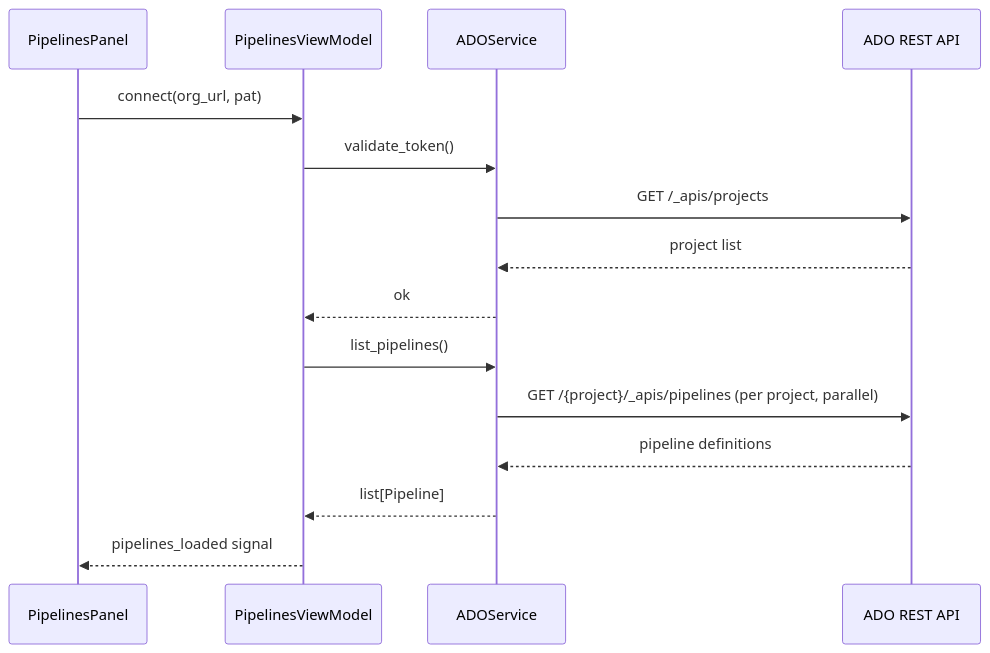
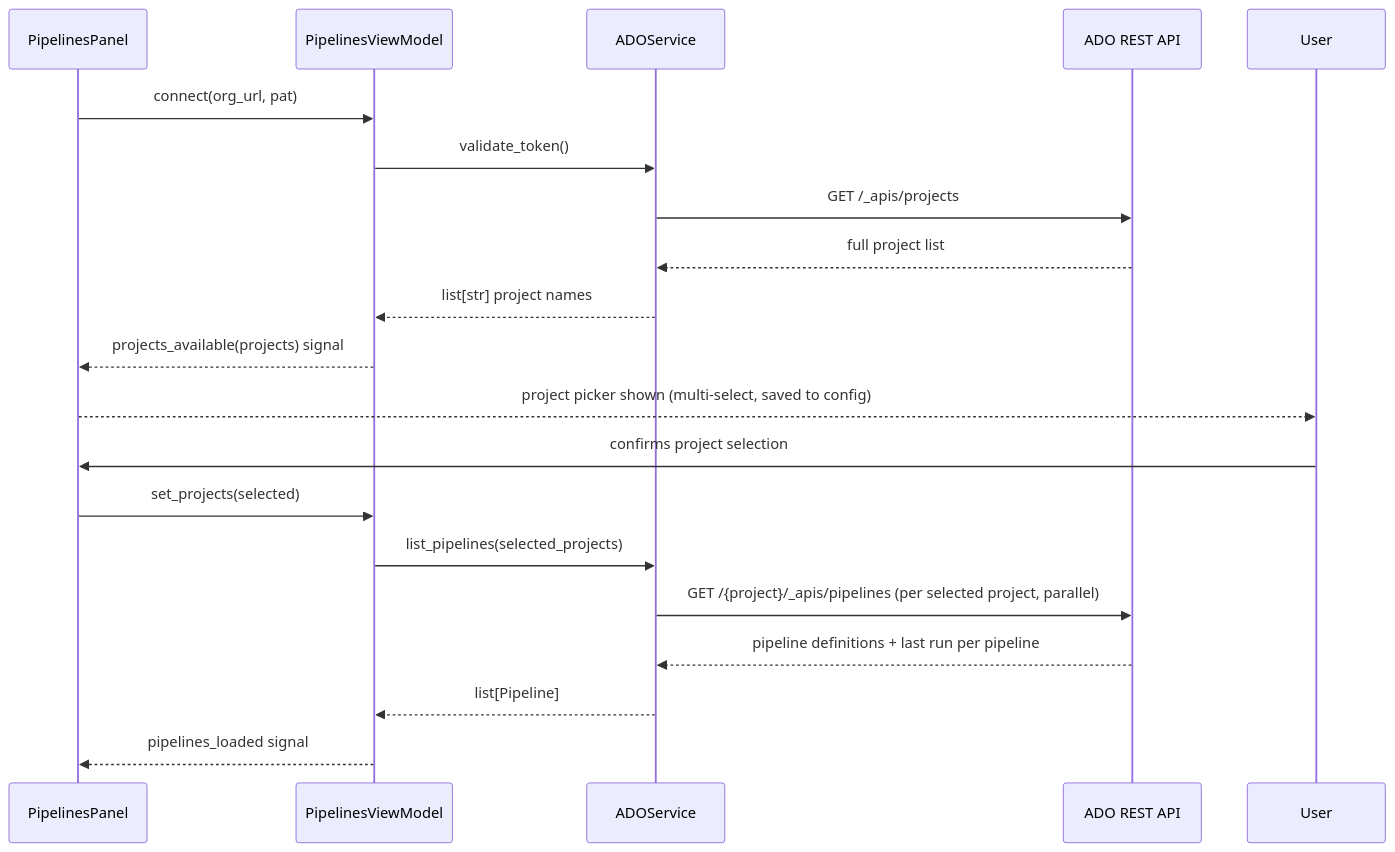
One commit to ahmedhhw/Orchestrator changed the first of 3 diagrams in worktree-manager/autobot-ado-pipelines.md. Above: the diagram before and after it, drawn with Mermaid. The commit also changed other lines of this file and 10 other files, not shown here.

````diff
--- a/worktree-manager/autobot-ado-pipelines.md
+++ b/worktree-manager/autobot-ado-pipelines.md
@@ -194,18 +279,22 @@
 ```mermaid
 sequenceDiagram
     participant UI as PipelinesPanel
     participant VM as PipelinesViewModel
     participant SVC as ADOService
     participant ADO as ADO REST API
 
     UI->>VM: connect(org_url, pat)
     VM->>SVC: validate_token()
     SVC->>ADO: GET /_apis/projects
-    ADO-->>SVC: project list
-    SVC-->>VM: ok
-    VM->>SVC: list_pipelines()
-    SVC->>ADO: GET /{project}/_apis/pipelines (per project, parallel)
-    ADO-->>SVC: pipeline definitions
+    ADO-->>SVC: full project list
+    SVC-->>VM: list[str] project names
+    VM-->>UI: projects_available(projects) signal
+    UI-->>User: project picker shown (multi-select, saved to config)
+    User->>UI: confirms project selection
+    UI->>VM: set_projects(selected)
+    VM->>SVC: list_pipelines(selected_projects)
+    SVC->>ADO: GET /{project}/_apis/pipelines (per selected project, parallel)
+    ADO-->>SVC: pipeline definitions + last run per pipeline
     SVC-->>VM: list[Pipeline]
     VM-->>UI: pipelines_loaded signal
 ```
````
